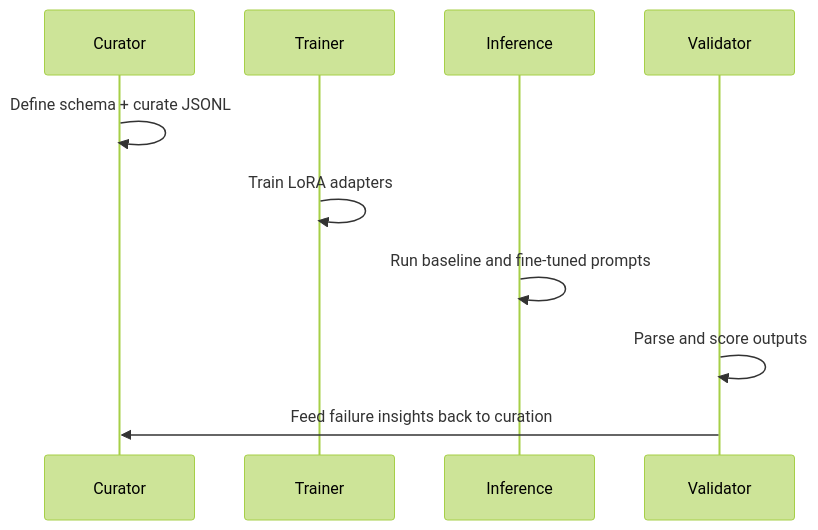
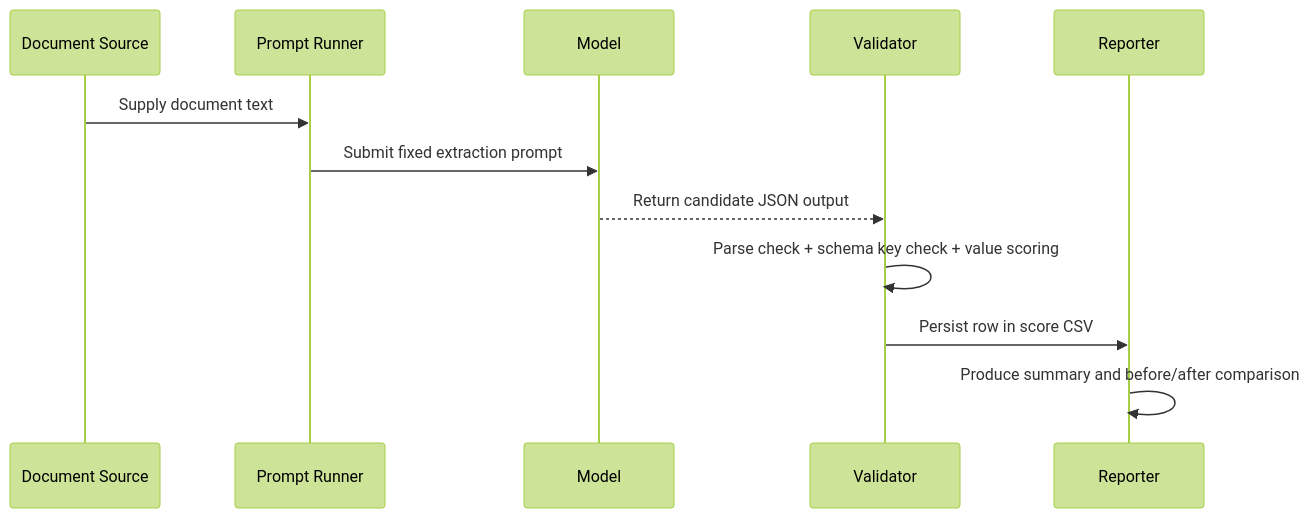
Before and after one commit to ramalokeshreddyp/StructuraAI: the third of 3 diagrams in projectdocumentation.md, drawn with Mermaid (forest theme). The commit also changed other lines of this file and 2 other files, not shown here.

Commit message:
Enhance core documentation with comprehensive architecture and execution flows

````diff
--- a/projectdocumentation.md
+++ b/projectdocumentation.md
@@ -65,13 +94,15 @@
 ```mermaid
 sequenceDiagram
-  participant C as Curator
-  participant T as Trainer
-  participant I as Inference
+  participant D as Document Source
+  participant P as Prompt Runner
+  participant M as Model
   participant V as Validator
+  participant R as Reporter
 
-  C->>C: Define schema + curate JSONL
-  T->>T: Train LoRA adapters
-  I->>I: Run baseline and fine-tuned prompts
-  V->>V: Parse and score outputs
-  V->>C: Feed failure insights back to curation
+  D->>P: Supply document text
+  P->>M: Submit fixed extraction prompt
+  M-->>V: Return candidate JSON output
+  V->>V: Parse check + schema key check + value scoring
+  V->>R: Persist row in score CSV
+  R->>R: Produce summary and before/after comparison
 ```
````
